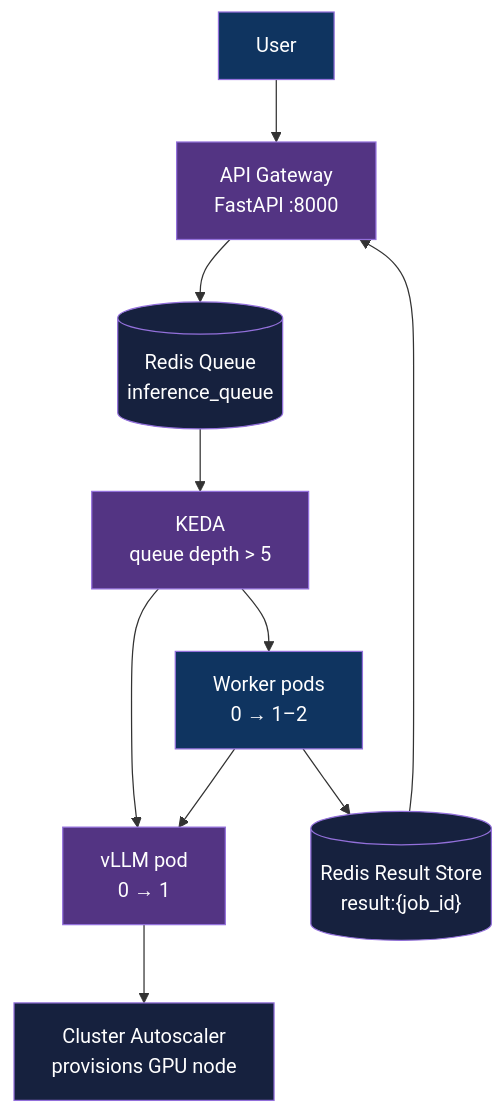
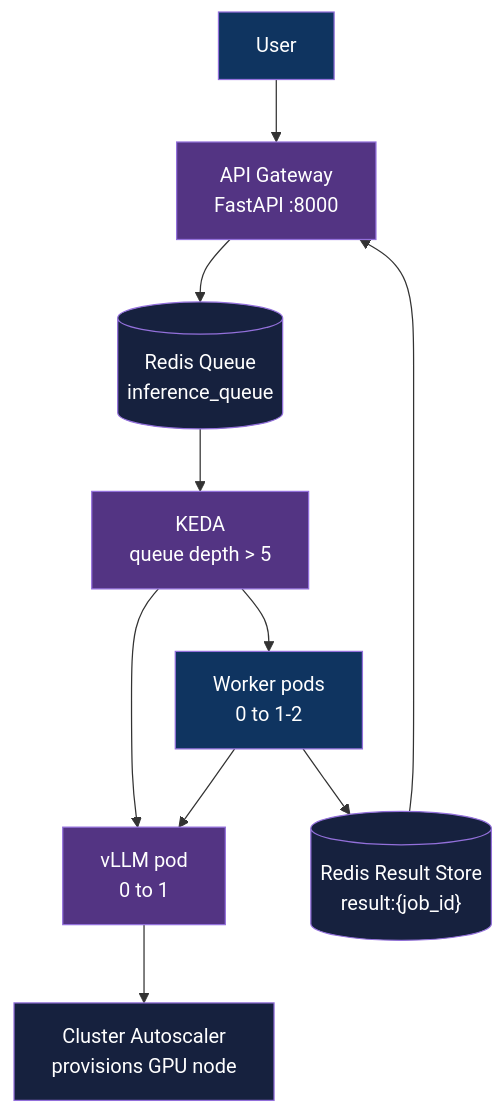
One commit to adityonugrohoid/gpu-autoscale-inference changed the diagram in README.md. Above: the diagram before and after it, drawn with Mermaid. The commit also changed other lines of this file and 2 other files, not shown here.

````diff
--- a/README.md
+++ b/README.md
@@ -65,21 +66,21 @@
 ```mermaid
 graph TD
     U["User"] --> G["API Gateway\nFastAPI :8000"]
     G --> Q[("Redis Queue\ninference_queue")]
     Q --> K["KEDA\nqueue depth > 5"]
-    K --> W["Worker pods\n0 → 1–2"]
-    K --> V["vLLM pod\n0 → 1"]
+    K --> W["Worker pods\n0 to 1-2"]
+    K --> V["vLLM pod\n0 to 1"]
     V --> CA["Cluster Autoscaler\nprovisions GPU node"]
     W --> V
     W --> R[("Redis Result Store\nresult:{job_id}")]
     R --> G
 
     style U fill:#0f3460,color:#fff
     style G fill:#533483,color:#fff
     style Q fill:#16213e,color:#fff
     style K fill:#533483,color:#fff
     style W fill:#0f3460,color:#fff
     style V fill:#533483,color:#fff
     style CA fill:#16213e,color:#fff
     style R fill:#16213e,color:#fff
 ```
````
